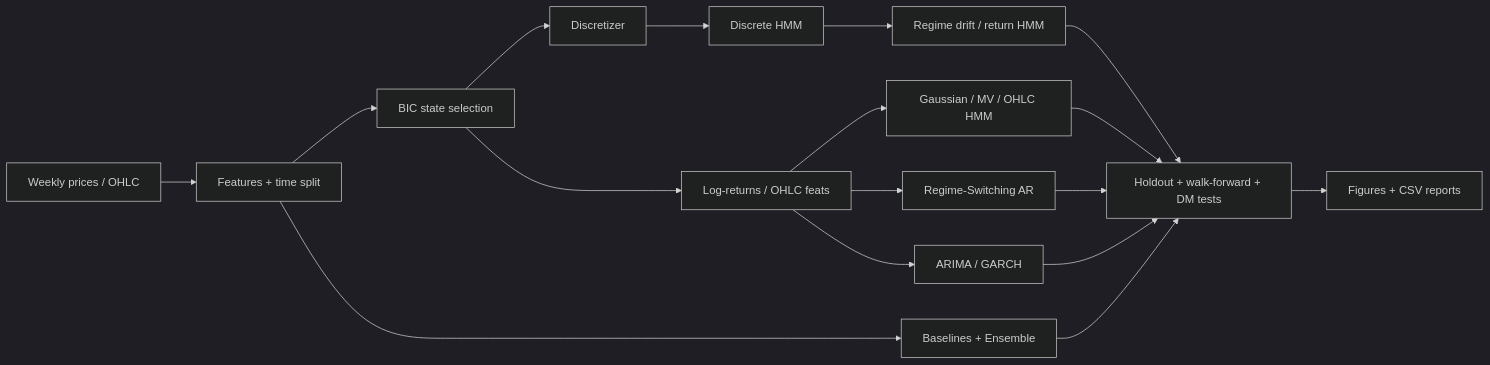
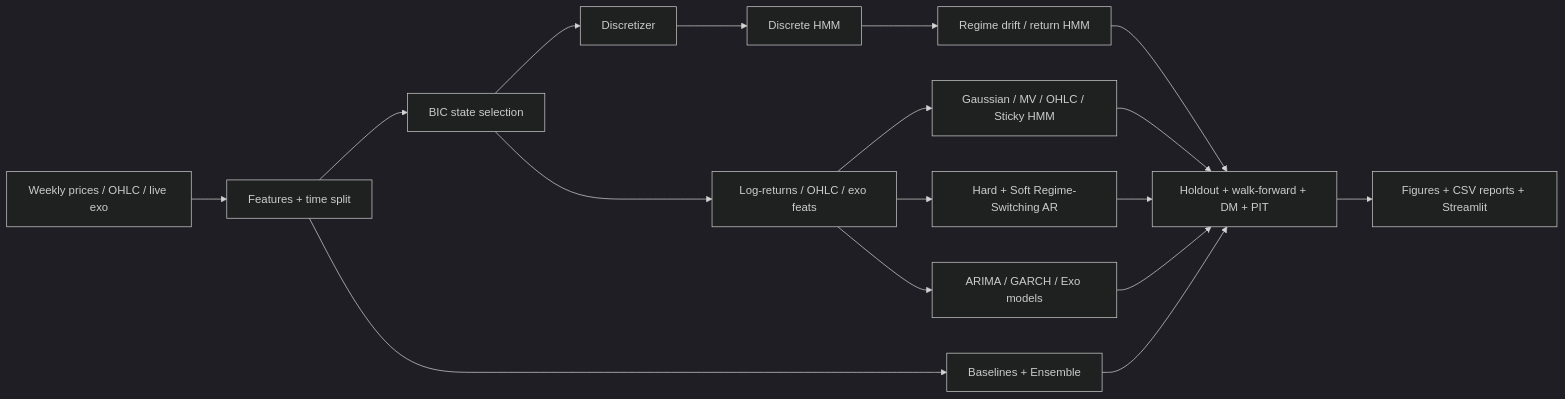
The diagram in README.md (juandapradam12/WeeklyPriceofCornPredictor), drawn with Mermaid (dark theme) before and after one commit. The commit also changed other lines of this file, not shown here.

First line of the commit message:
Complete README coverage for advanced models, reports, and figures

````diff
--- a/README.md
+++ b/README.md
@@ -57,19 +57,19 @@
 ```mermaid
 flowchart LR
-  A[Weekly prices / OHLC] --> B[Features + time split]
+  A[Weekly prices / OHLC / live exo] --> B[Features + time split]
   B --> S[BIC state selection]
   S --> C1[Discretizer]
-  S --> C2[Log-returns / OHLC feats]
+  S --> C2[Log-returns / OHLC / exo feats]
   C1 --> D1[Discrete HMM]
   D1 --> E1[Regime drift / return HMM]
-  C2 --> D2[Gaussian / MV / OHLC HMM]
-  C2 --> D3[Regime-Switching AR]
-  C2 --> D4[ARIMA / GARCH]
+  C2 --> D2[Gaussian / MV / OHLC / Sticky HMM]
+  C2 --> D3[Hard + Soft Regime-Switching AR]
+  C2 --> D4[ARIMA / GARCH / Exo models]
   B --> D5[Baselines + Ensemble]
-  E1 --> F[Holdout + walk-forward + DM tests]
+  E1 --> F[Holdout + walk-forward + DM + PIT]
   D2 --> F
   D3 --> F
   D4 --> F
   D5 --> F
-  F --> G[Figures + CSV reports]
+  F --> G[Figures + CSV reports + Streamlit]
 ```
````
